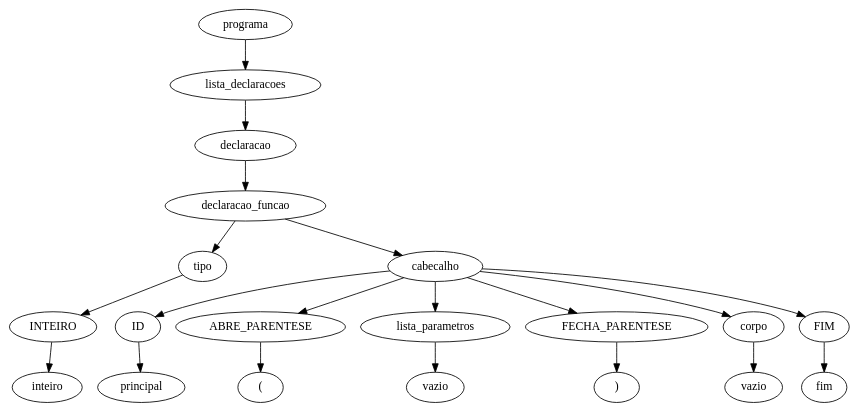
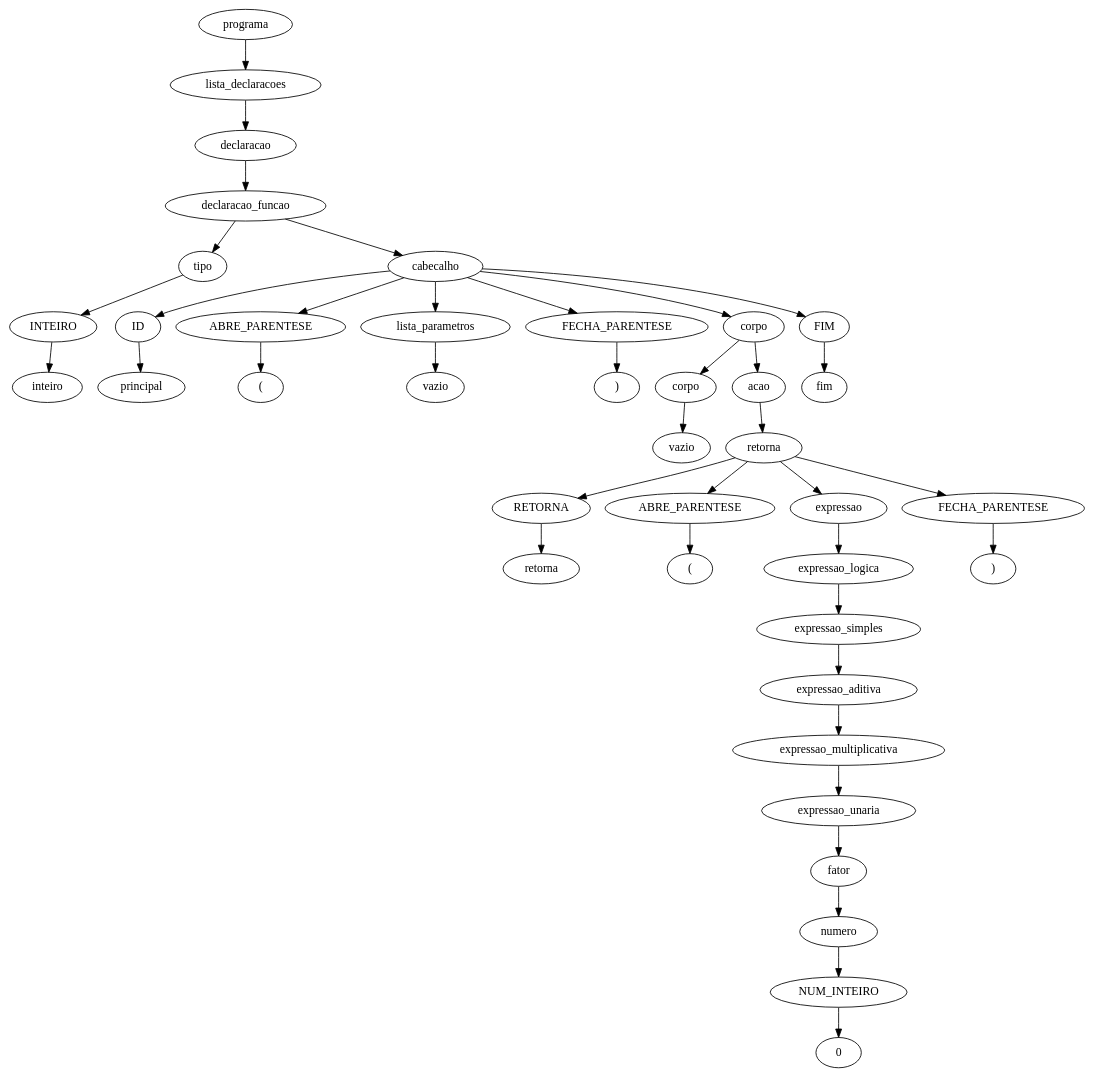
One commit to GuilherveMasco/Compiladores_2022 changed the diagram in BCC__BCC36B__P2__Guilherme_Vasco_1603019/impl/sintatica-testes/erro-005.tpp.unique.ast.dot. Above: the diagram before and after it, drawn with Graphviz. The commit also changed 34 other files, not shown here.

```diff
--- a/BCC__BCC36B__P2__Guilherme_Vasco_1603019/impl/sintatica-testes/erro-005.tpp.unique.ast.dot
+++ b/BCC__BCC36B__P2__Guilherme_Vasco_1603019/impl/sintatica-testes/erro-005.tpp.unique.ast.dot
@@ -1,41 +1,79 @@
 digraph tree {
-    "0x7fa59fd9b4c0" [label="programa"];
-    "0x7fa59fa727d0" [label="lista_declaracoes"];
-    "0x7fa59fa18a90" [label="declaracao"];
-    "0x7fa59fa189d0" [label="declaracao_funcao"];
-    "0x7fa59fd9b640" [label="tipo"];
-    "0x7fa59fd9b460" [label="INTEIRO"];
-    "0x7fa59fa722c0" [label="inteiro"];
-    "0x7fa59fa724a0" [label="cabecalho"];
-    "0x7fa59fa72500" [label="ID"];
-    "0x7fa59fa72680" [label="principal"];
-    "0x7fa59fa726b0" [label="ABRE_PARENTESE"];
-    "0x7fa59fa726e0" [label="("];
-    "0x7fa59fa72470" [label="lista_parametros"];
-    "0x7fa59fa1a470" [label="vazio"];
-    "0x7fa59fa72710" [label="FECHA_PARENTESE"];
-    "0x7fa59fa72740" [label=")"];
-    "0x7fa59fa72590" [label="corpo"];
-    "0x7fa59fa72260" [label="vazio"];
-    "0x7fa59fa72770" [label="FIM"];
-    "0x7fa59fa727a0" [label="fim"];
-    "0x7fa59fd9b4c0" -> "0x7fa59fa727d0";
-    "0x7fa59fa727d0" -> "0x7fa59fa18a90";
-    "0x7fa59fa18a90" -> "0x7fa59fa189d0";
-    "0x7fa59fa189d0" -> "0x7fa59fd9b640";
-    "0x7fa59fa189d0" -> "0x7fa59fa724a0";
-    "0x7fa59fd9b640" -> "0x7fa59fd9b460";
-    "0x7fa59fd9b460" -> "0x7fa59fa722c0";
-    "0x7fa59fa724a0" -> "0x7fa59fa72500";
-    "0x7fa59fa724a0" -> "0x7fa59fa726b0";
-    "0x7fa59fa724a0" -> "0x7fa59fa72470";
-    "0x7fa59fa724a0" -> "0x7fa59fa72710";
-    "0x7fa59fa724a0" -> "0x7fa59fa72590";
-    "0x7fa59fa724a0" -> "0x7fa59fa72770";
-    "0x7fa59fa72500" -> "0x7fa59fa72680";
-    "0x7fa59fa726b0" -> "0x7fa59fa726e0";
-    "0x7fa59fa72470" -> "0x7fa59fa1a470";
-    "0x7fa59fa72710" -> "0x7fa59fa72740";
-    "0x7fa59fa72590" -> "0x7fa59fa72260";
-    "0x7fa59fa72770" -> "0x7fa59fa727a0";
+    "0x7f6b7e2b74c0" [label="programa"];
+    "0x7f6b7df82b60" [label="lista_declaracoes"];
+    "0x7f6b7df26470" [label="declaracao"];
+    "0x7f6b7df249a0" [label="declaracao_funcao"];
+    "0x7f6b7e2b7640" [label="tipo"];
+    "0x7f6b7e2b7460" [label="INTEIRO"];
+    "0x7f6b7df822c0" [label="inteiro"];
+    "0x7f6b7df82410" [label="cabecalho"];
+    "0x7f6b7df82560" [label="ID"];
+    "0x7f6b7df82aa0" [label="principal"];
+    "0x7f6b7df82ad0" [label="ABRE_PARENTESE"];
+    "0x7f6b7df828c0" [label="("];
+    "0x7f6b7df82470" [label="lista_parametros"];
+    "0x7f6b7df24a90" [label="vazio"];
+    "0x7f6b7df826b0" [label="FECHA_PARENTESE"];
+    "0x7f6b7df826e0" [label=")"];
+    "0x7f6b7df82860" [label="corpo"];
+    "0x7f6b7df82590" [label="corpo"];
+    "0x7f6b7df82260" [label="vazio"];
+    "0x7f6b7df82980" [label="acao"];
+    "0x7f6b7df82800" [label="retorna"];
+    "0x7f6b7df82890" [label="RETORNA"];
+    "0x7f6b7df829b0" [label="retorna"];
+    "0x7f6b7df829e0" [label="ABRE_PARENTESE"];
+    "0x7f6b7df82a10" [label="("];
+    "0x7f6b7df827d0" [label="expressao"];
+    "0x7f6b7df827a0" [label="expressao_logica"];
+    "0x7f6b7df82710" [label="expressao_simples"];
+    "0x7f6b7df82680" [label="expressao_aditiva"];
+    "0x7f6b7df82770" [label="expressao_multiplicativa"];
+    "0x7f6b7df825c0" [label="expressao_unaria"];
+    "0x7f6b7df82650" [label="fator"];
+    "0x7f6b7df824a0" [label="numero"];
+    "0x7f6b7df82500" [label="NUM_INTEIRO"];
+    "0x7f6b7df82740" [label="0"];
+    "0x7f6b7df82a40" [label="FECHA_PARENTESE"];
+    "0x7f6b7df82a70" [label=")"];
+    "0x7f6b7df82b00" [label="FIM"];
+    "0x7f6b7df82b30" [label="fim"];
+    "0x7f6b7e2b74c0" -> "0x7f6b7df82b60";
+    "0x7f6b7df82b60" -> "0x7f6b7df26470";
+    "0x7f6b7df26470" -> "0x7f6b7df249a0";
+    "0x7f6b7df249a0" -> "0x7f6b7e2b7640";
+    "0x7f6b7df249a0" -> "0x7f6b7df82410";
+    "0x7f6b7e2b7640" -> "0x7f6b7e2b7460";
+    "0x7f6b7e2b7460" -> "0x7f6b7df822c0";
+    "0x7f6b7df82410" -> "0x7f6b7df82560";
+    "0x7f6b7df82410" -> "0x7f6b7df82ad0";
+    "0x7f6b7df82410" -> "0x7f6b7df82470";
+    "0x7f6b7df82410" -> "0x7f6b7df826b0";
+    "0x7f6b7df82410" -> "0x7f6b7df82860";
+    "0x7f6b7df82410" -> "0x7f6b7df82b00";
+    "0x7f6b7df82560" -> "0x7f6b7df82aa0";
+    "0x7f6b7df82ad0" -> "0x7f6b7df828c0";
+    "0x7f6b7df82470" -> "0x7f6b7df24a90";
+    "0x7f6b7df826b0" -> "0x7f6b7df826e0";
+    "0x7f6b7df82860" -> "0x7f6b7df82590";
+    "0x7f6b7df82860" -> "0x7f6b7df82980";
+    "0x7f6b7df82590" -> "0x7f6b7df82260";
+    "0x7f6b7df82980" -> "0x7f6b7df82800";
+    "0x7f6b7df82800" -> "0x7f6b7df82890";
+    "0x7f6b7df82800" -> "0x7f6b7df829e0";
+    "0x7f6b7df82800" -> "0x7f6b7df827d0";
+    "0x7f6b7df82800" -> "0x7f6b7df82a40";
+    "0x7f6b7df82890" -> "0x7f6b7df829b0";
+    "0x7f6b7df829e0" -> "0x7f6b7df82a10";
+    "0x7f6b7df827d0" -> "0x7f6b7df827a0";
+    "0x7f6b7df827a0" -> "0x7f6b7df82710";
+    "0x7f6b7df82710" -> "0x7f6b7df82680";
+    "0x7f6b7df82680" -> "0x7f6b7df82770";
+    "0x7f6b7df82770" -> "0x7f6b7df825c0";
+    "0x7f6b7df825c0" -> "0x7f6b7df82650";
+    "0x7f6b7df82650" -> "0x7f6b7df824a0";
+    "0x7f6b7df824a0" -> "0x7f6b7df82500";
+    "0x7f6b7df82500" -> "0x7f6b7df82740";
+    "0x7f6b7df82a40" -> "0x7f6b7df82a70";
+    "0x7f6b7df82b00" -> "0x7f6b7df82b30";
 }
```
